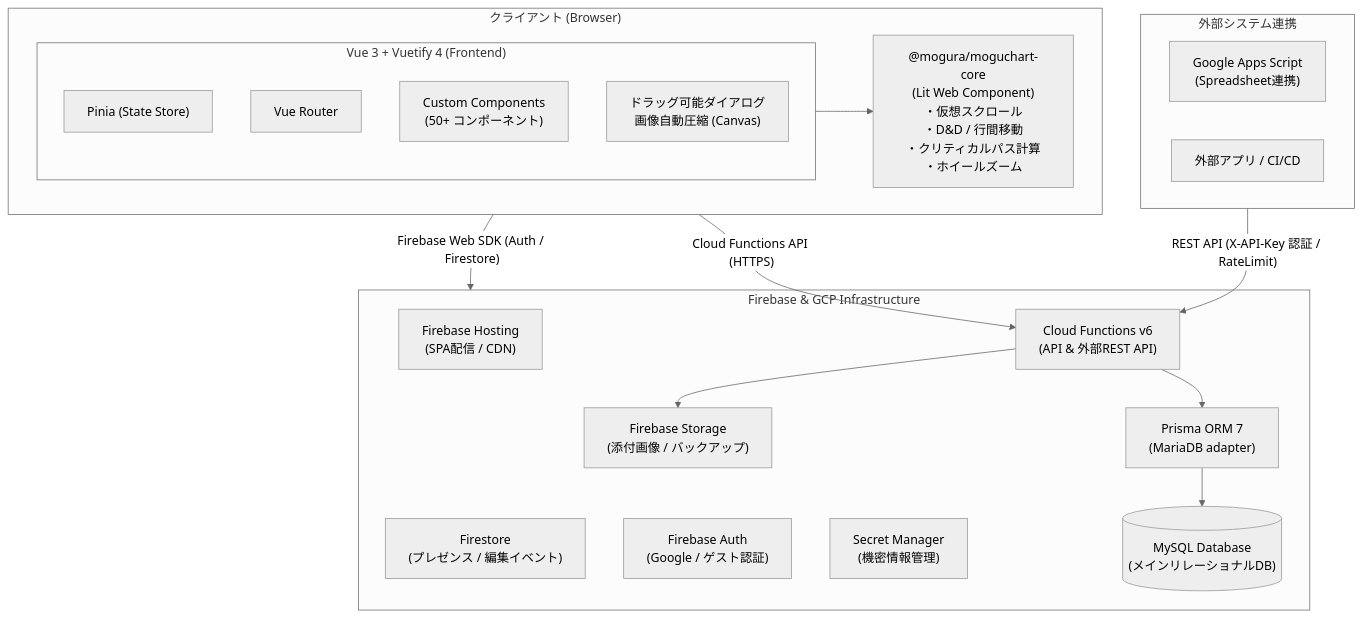
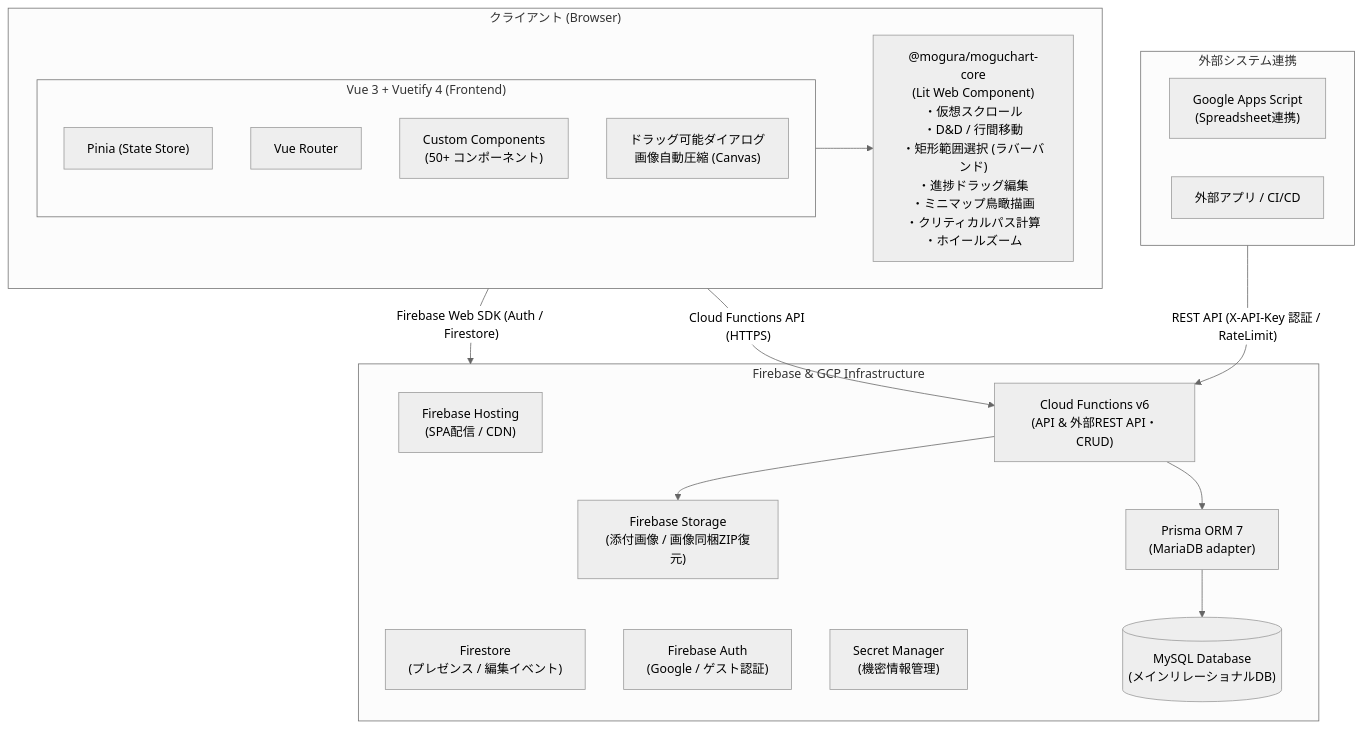
The diagram in public/moguchart-app-architecture.md (hiro-murakami/qiita-content), drawn with Mermaid (neutral theme) before and after one commit. The commit also changed other lines of this file and 2 other files, not shown here.

Commit message:
docs: update architecture, UX, and introduction documentation for Moguchart

````diff
--- a/public/moguchart-app-architecture.md
+++ b/public/moguchart-app-architecture.md
@@ -64,39 +68,39 @@
 ```mermaid
 flowchart TB
     subgraph Client ["クライアント (Browser)"]
         subgraph Frontend ["Vue 3 + Vuetify 4 (Frontend)"]
             Pinia["Pinia (State Store)"]
             Router["Vue Router"]
             Custom["Custom Components<br>(50+ コンポーネント)"]
             Draggable["ドラッグ可能ダイアログ<br>画像自動圧縮 (Canvas)"]
         end
 
-        Core["@mogura/moguchart-core<br>(Lit Web Component)<br>・仮想スクロール<br>・D&D / 行間移動<br>・クリティカルパス計算<br>・ホイールズーム"]
+        Core["@mogura/moguchart-core<br>(Lit Web Component)<br>・仮想スクロール<br>・D&D / 行間移動<br>・矩形範囲選択 (ラバーバンド)<br>・進捗ドラッグ編集<br>・ミニマップ鳥瞰描画<br>・クリティカルパス計算<br>・ホイールズーム"]
 
         Frontend --> Core
     end
 
     subgraph External ["外部システム連携"]
         GAS["Google Apps Script<br>(Spreadsheet連携)"]
         ThirdParty["外部アプリ / CI/CD"]
     end
 
     subgraph Firebase ["Firebase & GCP Infrastructure"]
         Hosting["Firebase Hosting<br>(SPA配信 / CDN)"]
-        Functions["Cloud Functions v6<br>(API & 外部REST API)"]
+        Functions["Cloud Functions v6<br>(API & 外部REST API・CRUD)"]
         Firestore["Firestore<br>(プレゼンス / 編集イベント)"]
         Auth["Firebase Auth<br>(Google / ゲスト認証)"]
-        Storage["Firebase Storage<br>(添付画像 / バックアップ)"]
+        Storage["Firebase Storage<br>(添付画像 / 画像同梱ZIP復元)"]
         SecretMgr["Secret Manager<br>(機密情報管理)"]
         Prisma["Prisma ORM 7<br>(MariaDB adapter)"]
         MySQL[("MySQL Database<br>(メインリレーショナルDB)")]
 
         Functions --> Prisma
         Prisma --> MySQL
         Functions --> Storage
     end
 
     Client -->|"Firebase Web SDK (Auth / Firestore)"| Firebase
     Client -->|"Cloud Functions API (HTTPS)"| Functions
     External -->|"REST API (X-API-Key 認証 / RateLimit)"| Functions
 ```
````
